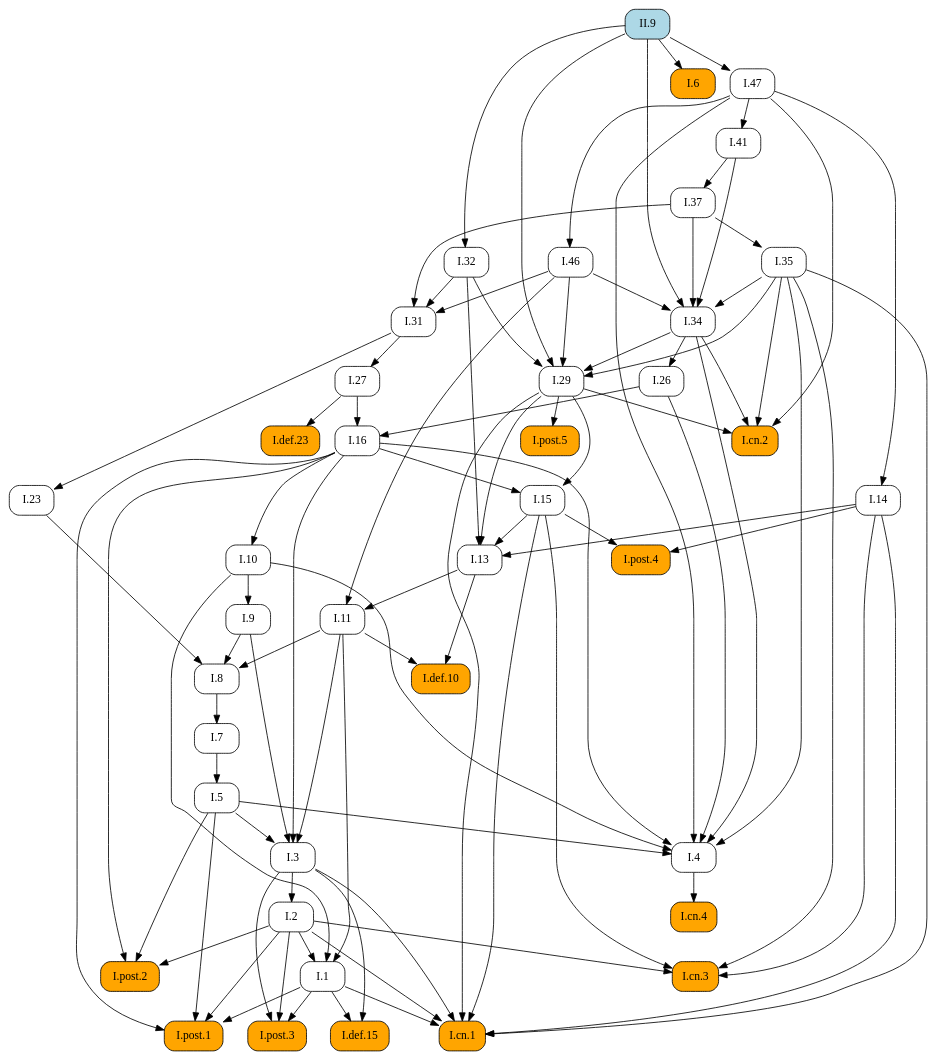
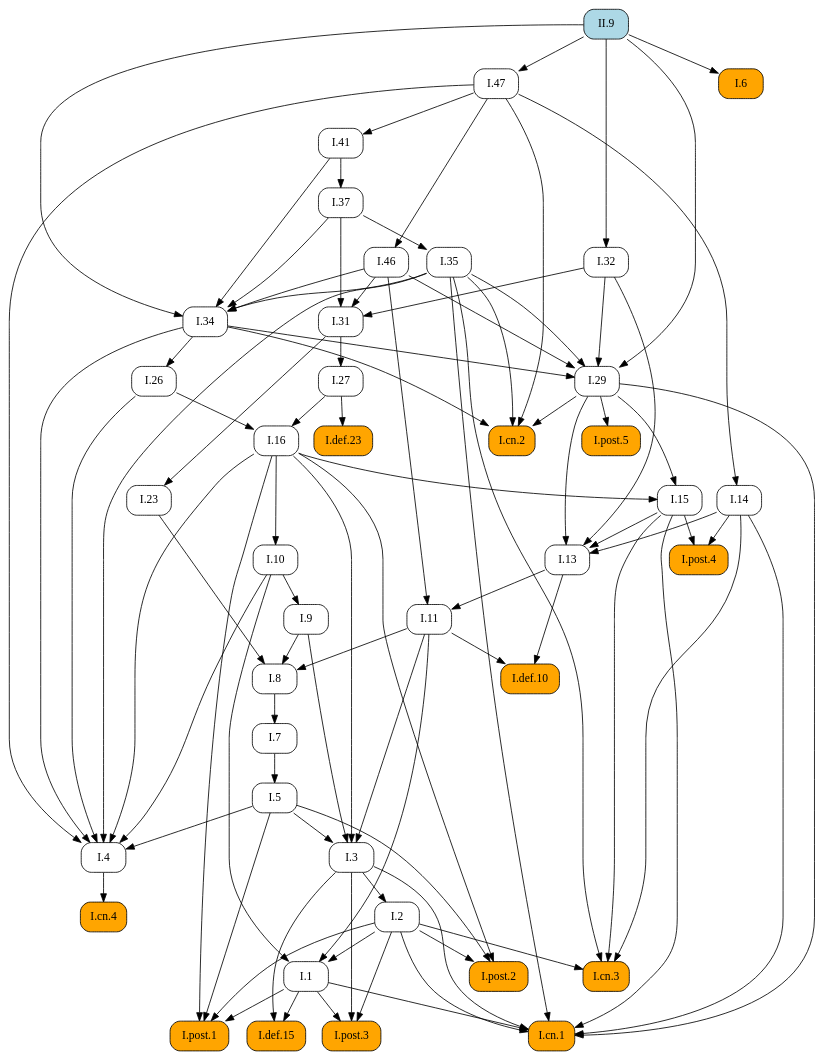
Before and after one commit to geometor/elements: the diagram in docsrc/heath/II/9/index.rst, drawn with Graphviz. The commit also changed other lines of this file and 484 other files, not shown here.

```diff
--- a/docsrc/heath/II/9/index.rst
+++ b/docsrc/heath/II/9/index.rst
@@ -129,71 +129,76 @@
    digraph {
      rankdir="TB";
      node [shape=box, style=rounded];
+     "I.23" [URL="/heath/I/23/", target="_top"];
+     "I.9" [URL="/heath/I/9/", target="_top"];
+     "I.32" [URL="/heath/I/32/", target="_top"];
+     "I.def.15" [style="rounded,filled", fillcolor=orange, URL="/heath/I/def.15/", target="_top"];
+     "I.47" [URL="/heath/I/47/", target="_top"];
+     "I.post.3" [style="rounded,filled", fillcolor=orange, URL="/heath/I/post.3/", target="_top"];
+     "I.post.1" [style="rounded,filled", fillcolor=orange, URL="/heath/I/post.1/", target="_top"];
+     "I.31" [URL="/heath/I/31/", target="_top"];
+     "II.9" [style="rounded,filled", fillcolor=lightblue, URL="/heath/II/9/", target="_top"];
      "I.def.10" [style="rounded,filled", fillcolor=orange, URL="/heath/I/def.10/", target="_top"];
-     "I.11" [URL="/heath/I/11/", target="_top"];
-     "I.post.4" [style="rounded,filled", fillcolor=orange, URL="/heath/I/post.4/", target="_top"];
-     "I.1" [URL="/heath/I/1/", target="_top"];
-     "I.26" [URL="/heath/I/26/", target="_top"];
-     "I.29" [URL="/heath/I/29/", target="_top"];
-     "I.cn.2" [style="rounded,filled", fillcolor=orange, URL="/heath/I/cn.2/", target="_top"];
-     "I.47" [URL="/heath/I/47/", target="_top"];
-     "I.def.15" [style="rounded,filled", fillcolor=orange, URL="/heath/I/def.15/", target="_top"];
-     "I.post.3" [style="rounded,filled", fillcolor=orange, URL="/heath/I/post.3/", target="_top"];
+     "I.27" [URL="/heath/I/27/", target="_top"];
+     "I.14" [URL="/heath/I/14/", target="_top"];
+     "I.34" [URL="/heath/I/34/", target="_top"];
+     "I.3" [URL="/heath/I/3/", target="_top"];
+     "I.35" [URL="/heath/I/35/", target="_top"];
      "I.cn.1" [style="rounded,filled", fillcolor=orange, URL="/heath/I/cn.1/", target="_top"];
-     "I.cn.3" [style="rounded,filled", fillcolor=orange, URL="/heath/I/cn.3/", target="_top"];
-     "I.14" [URL="/heath/I/14/", target="_top"];
-     "I.23" [URL="/heath/I/23/", target="_top"];
-     "I.post.1" [style="rounded,filled", fillcolor=orange, URL="/heath/I/post.1/", target="_top"];
-     "I.35" [URL="/heath/I/35/", target="_top"];
-     "I.41" [URL="/heath/I/41/", target="_top"];
-     "I.27" [URL="/heath/I/27/", target="_top"];
-     "I.46" [URL="/heath/I/46/", target="_top"];
-     "I.37" [URL="/heath/I/37/", target="_top"];
-     "I.34" [URL="/heath/I/34/", target="_top"];
-     "I.6" [style="rounded,filled", fillcolor=orange, URL="/heath/I/6/", target="_top"];
-     "I.3" [URL="/heath/I/3/", target="_top"];
      "I.7" [URL="/heath/I/7/", target="_top"];
      "I.2" [URL="/heath/I/2/", target="_top"];
+     "I.13" [URL="/heath/I/13/", target="_top"];
+     "I.post.4" [style="rounded,filled", fillcolor=orange, URL="/heath/I/post.4/", target="_top"];
      "I.4" [URL="/heath/I/4/", target="_top"];
+     "I.1" [URL="/heath/I/1/", target="_top"];
+     "I.5" [URL="/heath/I/5/", target="_top"];
+     "I.37" [URL="/heath/I/37/", target="_top"];
+     "I.8" [URL="/heath/I/8/", target="_top"];
+     "I.cn.3" [style="rounded,filled", fillcolor=orange, URL="/heath/I/cn.3/", target="_top"];
+     "I.29" [URL="/heath/I/29/", target="_top"];
+     "I.16" [URL="/heath/I/16/", target="_top"];
+     "I.15" [URL="/heath/I/15/", target="_top"];
+     "I.10" [URL="/heath/I/10/", target="_top"];
+     "I.11" [URL="/heath/I/11/", target="_top"];
      "I.def.23" [style="rounded,filled", fillcolor=orange, URL="/heath/I/def.23/", target="_top"];
-     "I.13" [URL="/heath/I/13/", target="_top"];
-     "II.9" [style="rounded,filled", fillcolor=lightblue, URL="/heath/II/9/", target="_top"];
-     "I.31" [URL="/heath/I/31/", target="_top"];
+     "I.cn.2" [style="rounded,filled", fillcolor=orange, URL="/heath/I/cn.2/", target="_top"];
+     "I.post.5" [style="rounded,filled", fillcolor=orange, URL="/heath/I/post.5/", target="_top"];
+     "I.cn.4" [style="rounded,filled", fillcolor=orange, URL="/heath/I/cn.4/", target="_top"];
+     "I.41" [URL="/heath/I/41/", target="_top"];
      "I.post.2" [style="rounded,filled", fillcolor=orange, URL="/heath/I/post.2/", target="_top"];
-     "I.16" [URL="/heath/I/16/", target="_top"];
-     "I.9" [URL="/heath/I/9/", target="_top"];
-     "I.32" [URL="/heath/I/32/", target="_top"];
-     "I.8" [URL="/heath/I/8/", target="_top"];
-     "I.cn.4" [style="rounded,filled", fillcolor=orange, URL="/heath/I/cn.4/", target="_top"];
-     "I.15" [URL="/heath/I/15/", target="_top"];
-     "I.post.5" [style="rounded,filled", fillcolor=orange, URL="/heath/I/post.5/", target="_top"];
-     "I.10" [URL="/heath/I/10/", target="_top"];
-     "I.5" [URL="/heath/I/5/", target="_top"];
-     "I.11" -> "I.def.10";
-     "I.13" -> "I.def.10";
-     "I.13" -> "I.11";
-     "I.46" -> "I.11";
-     "I.14" -> "I.post.4";
-     "I.15" -> "I.post.4";
-     "I.2" -> "I.1";
-     "I.10" -> "I.1";
-     "I.11" -> "I.1";
-     "I.34" -> "I.26";
-     "I.32" -> "I.29";
-     "I.34" -> "I.29";
-     "I.35" -> "I.29";
-     "I.46" -> "I.29";
-     "II.9" -> "I.29";
-     "I.29" -> "I.cn.2";
-     "I.34" -> "I.cn.2";
-     "I.35" -> "I.cn.2";
-     "I.47" -> "I.cn.2";
-     "II.9" -> "I.47";
+     "I.46" [URL="/heath/I/46/", target="_top"];
+     "I.26" [URL="/heath/I/26/", target="_top"];
+     "I.6" [style="rounded,filled", fillcolor=orange, URL="/heath/I/6/", target="_top"];
+     "I.31" -> "I.23";
+     "I.10" -> "I.9";
+     "II.9" -> "I.32";
      "I.1" -> "I.def.15";
      "I.3" -> "I.def.15";
+     "II.9" -> "I.47";
      "I.1" -> "I.post.3";
      "I.2" -> "I.post.3";
      "I.3" -> "I.post.3";
+     "I.1" -> "I.post.1";
+     "I.2" -> "I.post.1";
+     "I.5" -> "I.post.1";
+     "I.16" -> "I.post.1";
+     "I.32" -> "I.31";
+     "I.37" -> "I.31";
+     "I.46" -> "I.31";
+     "I.11" -> "I.def.10";
+     "I.13" -> "I.def.10";
+     "I.31" -> "I.27";
+     "I.47" -> "I.14";
+     "I.35" -> "I.34";
+     "I.37" -> "I.34";
+     "I.41" -> "I.34";
+     "I.46" -> "I.34";
+     "II.9" -> "I.34";
+     "I.5" -> "I.3";
+     "I.9" -> "I.3";
+     "I.11" -> "I.3";
+     "I.16" -> "I.3";
+     "I.37" -> "I.35";
      "I.1" -> "I.cn.1";
      "I.2" -> "I.cn.1";
      "I.3" -> "I.cn.1";
@@ -201,33 +206,14 @@
      "I.15" -> "I.cn.1";
      "I.29" -> "I.cn.1";
      "I.35" -> "I.cn.1";
-     "I.2" -> "I.cn.3";
-     "I.14" -> "I.cn.3";
-     "I.15" -> "I.cn.3";
-     "I.35" -> "I.cn.3";
-     "I.47" -> "I.14";
-     "I.31" -> "I.23";
-     "I.1" -> "I.post.1";
-     "I.2" -> "I.post.1";
-     "I.5" -> "I.post.1";
-     "I.16" -> "I.post.1";
-     "I.37" -> "I.35";
-     "I.47" -> "I.41";
-     "I.31" -> "I.27";
-     "I.47" -> "I.46";
-     "I.41" -> "I.37";
-     "I.35" -> "I.34";
-     "I.37" -> "I.34";
-     "I.41" -> "I.34";
-     "I.46" -> "I.34";
-     "II.9" -> "I.34";
-     "II.9" -> "I.6";
-     "I.5" -> "I.3";
-     "I.9" -> "I.3";
-     "I.11" -> "I.3";
-     "I.16" -> "I.3";
      "I.8" -> "I.7";
      "I.3" -> "I.2";
+     "I.14" -> "I.13";
+     "I.15" -> "I.13";
+     "I.29" -> "I.13";
+     "I.32" -> "I.13";
+     "I.14" -> "I.post.4";
+     "I.15" -> "I.post.4";
      "I.5" -> "I.4";
      "I.10" -> "I.4";
      "I.16" -> "I.4";
@@ -235,28 +221,42 @@
      "I.34" -> "I.4";
      "I.35" -> "I.4";
      "I.47" -> "I.4";
+     "I.2" -> "I.1";
+     "I.10" -> "I.1";
+     "I.11" -> "I.1";
+     "I.7" -> "I.5";
+     "I.41" -> "I.37";
+     "I.9" -> "I.8";
+     "I.11" -> "I.8";
+     "I.23" -> "I.8";
+     "I.2" -> "I.cn.3";
+     "I.14" -> "I.cn.3";
+     "I.15" -> "I.cn.3";
+     "I.35" -> "I.cn.3";
+     "I.32" -> "I.29";
+     "I.34" -> "I.29";
+     "I.35" -> "I.29";
+     "I.46" -> "I.29";
+     "II.9" -> "I.29";
+     "I.26" -> "I.16";
+     "I.27" -> "I.16";
+     "I.16" -> "I.15";
+     "I.29" -> "I.15";
+     "I.16" -> "I.10";
+     "I.13" -> "I.11";
+     "I.46" -> "I.11";
      "I.27" -> "I.def.23";
-     "I.14" -> "I.13";
-     "I.15" -> "I.13";
-     "I.29" -> "I.13";
-     "I.32" -> "I.13";
-     "I.32" -> "I.31";
-     "I.37" -> "I.31";
-     "I.46" -> "I.31";
+     "I.29" -> "I.cn.2";
+     "I.34" -> "I.cn.2";
+     "I.35" -> "I.cn.2";
+     "I.47" -> "I.cn.2";
+     "I.29" -> "I.post.5";
+     "I.4" -> "I.cn.4";
+     "I.47" -> "I.41";
      "I.2" -> "I.post.2";
      "I.5" -> "I.post.2";
      "I.16" -> "I.post.2";
-     "I.26" -> "I.16";
-     "I.27" -> "I.16";
-     "I.10" -> "I.9";
-     "II.9" -> "I.32";
-     "I.9" -> "I.8";
-     "I.11" -> "I.8";
-     "I.23" -> "I.8";
-     "I.4" -> "I.cn.4";
-     "I.16" -> "I.15";
-     "I.29" -> "I.15";
-     "I.29" -> "I.post.5";
-     "I.16" -> "I.10";
-     "I.7" -> "I.5";
+     "I.47" -> "I.46";
+     "I.34" -> "I.26";
+     "II.9" -> "I.6";
    }
```
